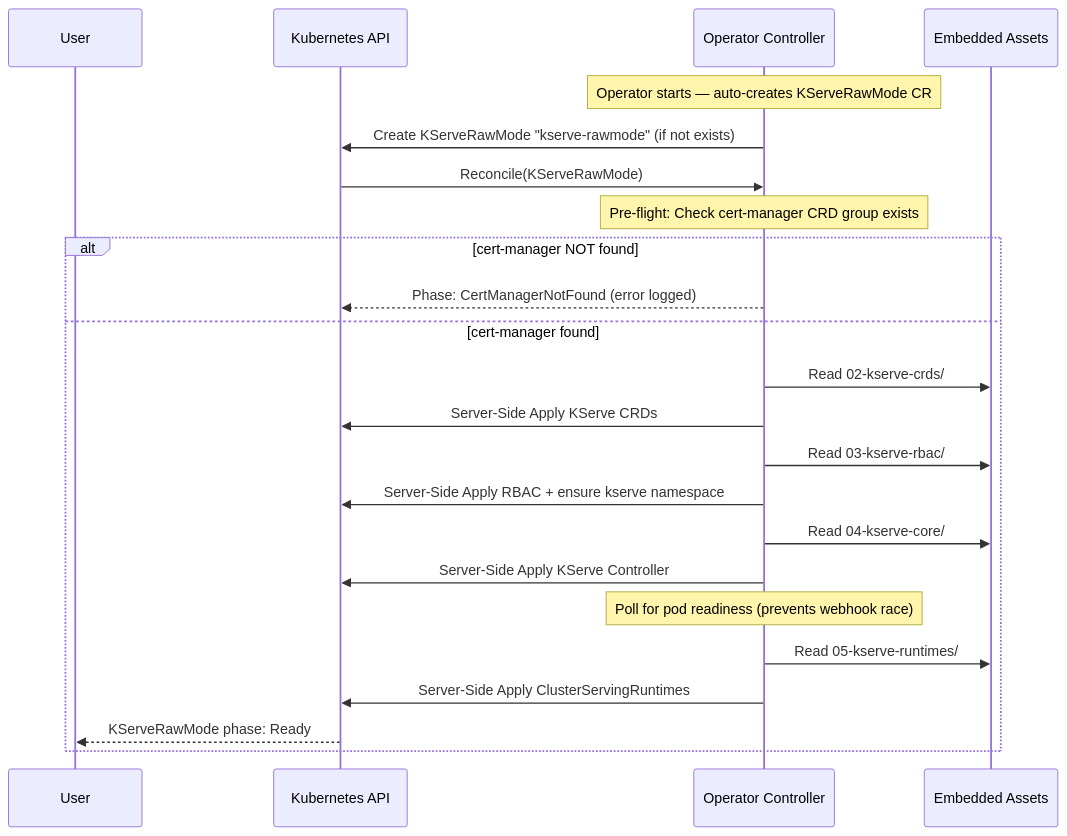
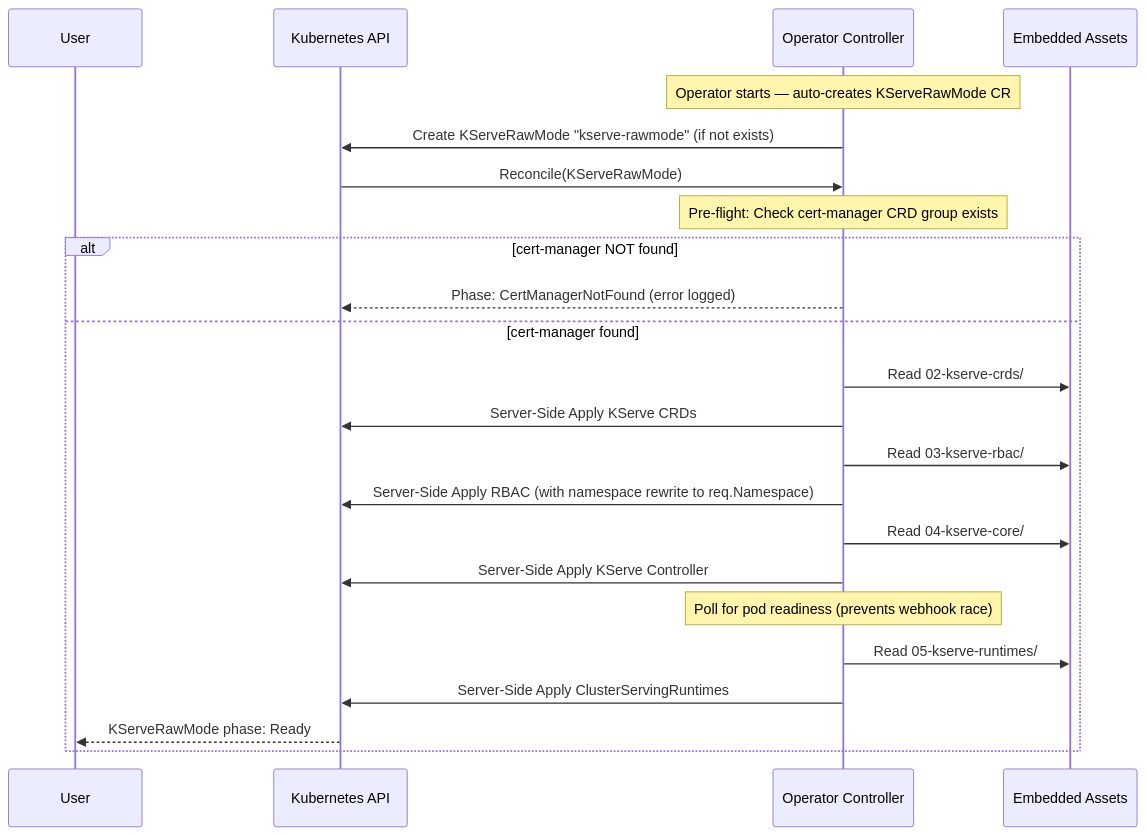
One commit to skyakash/kserve-op changed the second of 2 diagrams in architecture-diagram.md. Above: the diagram before and after it, drawn with Mermaid. The commit also changed other lines of this file and 9 other files, not shown here.

````diff
--- a/architecture-diagram.md
+++ b/architecture-diagram.md
@@ -78,26 +80,26 @@
 ```mermaid
 sequenceDiagram
     participant User
     participant K8s as Kubernetes API
     participant Ctrl as Operator Controller
     participant Assets as Embedded Assets
 
     Note over Ctrl: Operator starts — auto-creates KServeRawMode CR
     Ctrl->>K8s: Create KServeRawMode "kserve-rawmode" (if not exists)
     K8s->>Ctrl: Reconcile(KServeRawMode)
     Note over Ctrl: Pre-flight: Check cert-manager CRD group exists
     alt cert-manager NOT found
         Ctrl-->>K8s: Phase: CertManagerNotFound (error logged)
     else cert-manager found
     Ctrl->>Assets: Read 02-kserve-crds/
     Ctrl->>K8s: Server-Side Apply KServe CRDs
     Ctrl->>Assets: Read 03-kserve-rbac/
-    Ctrl->>K8s: Server-Side Apply RBAC + ensure kserve namespace
+    Ctrl->>K8s: Server-Side Apply RBAC (with namespace rewrite to req.Namespace)
     Ctrl->>Assets: Read 04-kserve-core/
     Ctrl->>K8s: Server-Side Apply KServe Controller
     Note over Ctrl: Poll for pod readiness (prevents webhook race)
     Ctrl->>Assets: Read 05-kserve-runtimes/
     Ctrl->>K8s: Server-Side Apply ClusterServingRuntimes
     K8s-->>User: KServeRawMode phase: Ready
     end
 ```
````
